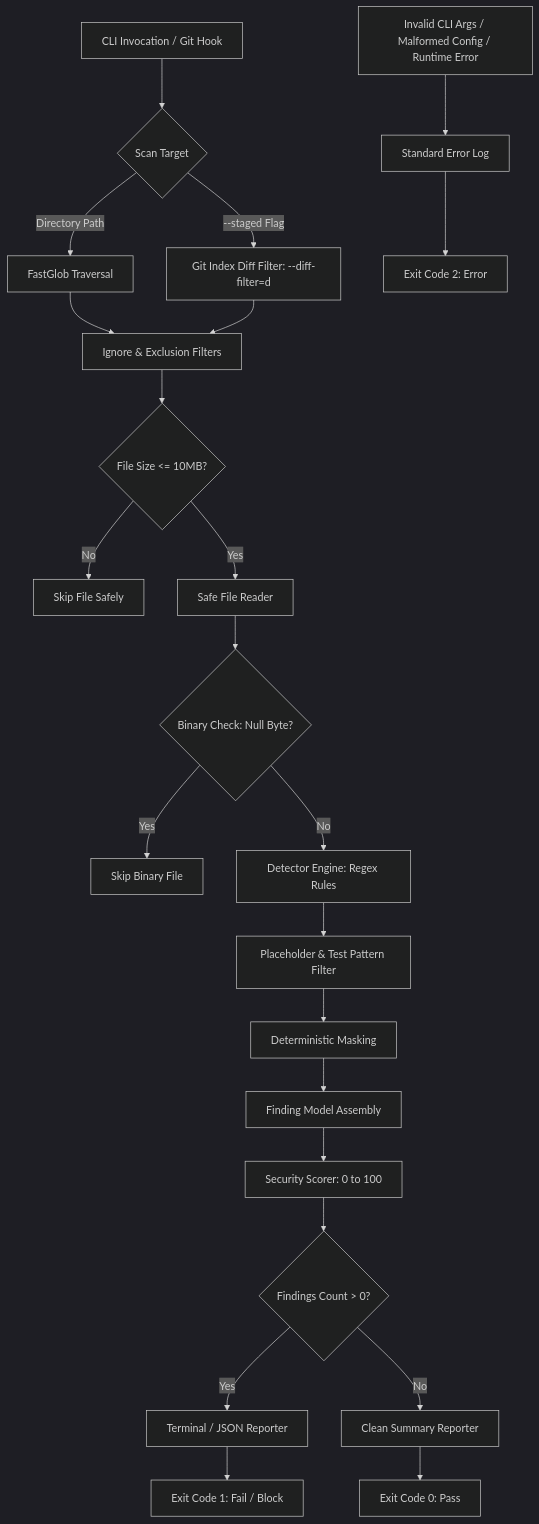
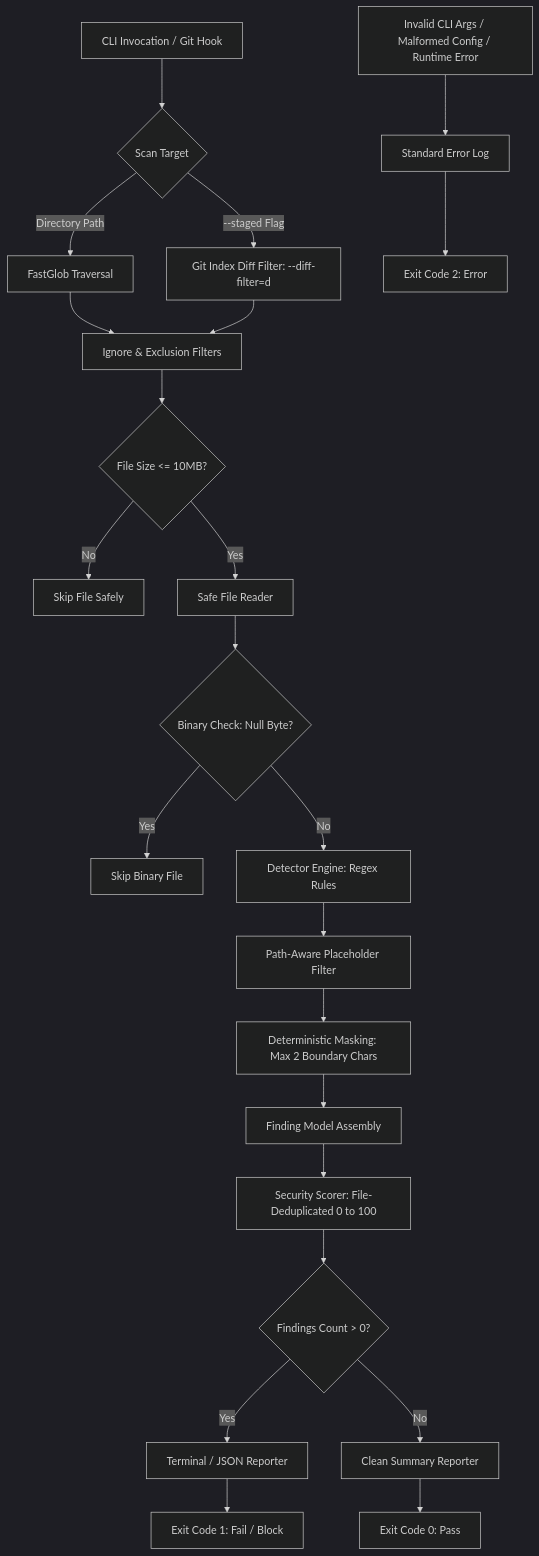
The diagram in README.md (gecekusu1979/gitleak-radar), drawn with Mermaid (dark theme) before and after one commit. The commit also changed other lines of this file and 14 other files, not shown here.

````diff
--- a/README.md
+++ b/README.md
@@ -30,22 +33,22 @@
 ```mermaid
 flowchart TD
     A[CLI Invocation / Git Hook] --> B{Scan Target}
     B -->|Directory Path| C[FastGlob Traversal]
     B -->|--staged Flag| D[Git Index Diff Filter: --diff-filter=d]
     C --> E[Ignore & Exclusion Filters]
     D --> E
     E --> F{File Size <= 10MB?}
     F -->|No| G[Skip File Safely]
     F -->|Yes| H[Safe File Reader]
     H --> I{Binary Check: Null Byte?}
     I -->|Yes| J[Skip Binary File]
     I -->|No| K[Detector Engine: Regex Rules]
-    K --> L[Placeholder & Test Pattern Filter]
-    L --> M[Deterministic Masking]
+    K --> L[Path-Aware Placeholder Filter]
+    L --> M[Deterministic Masking: Max 2 Boundary Chars]
     M --> N[Finding Model Assembly]
-    N --> O[Security Scorer: 0 to 100]
+    N --> O[Security Scorer: File-Deduplicated 0 to 100]
     O --> P{Findings Count > 0?}
     P -->|Yes| Q[Terminal / JSON Reporter] --> R[Exit Code 1: Fail / Block]
     P -->|No| S[Clean Summary Reporter] --> T[Exit Code 0: Pass]
     U[Invalid CLI Args / Malformed Config / Runtime Error] --> V[Standard Error Log] --> W[Exit Code 2: Error]
 ```
````
